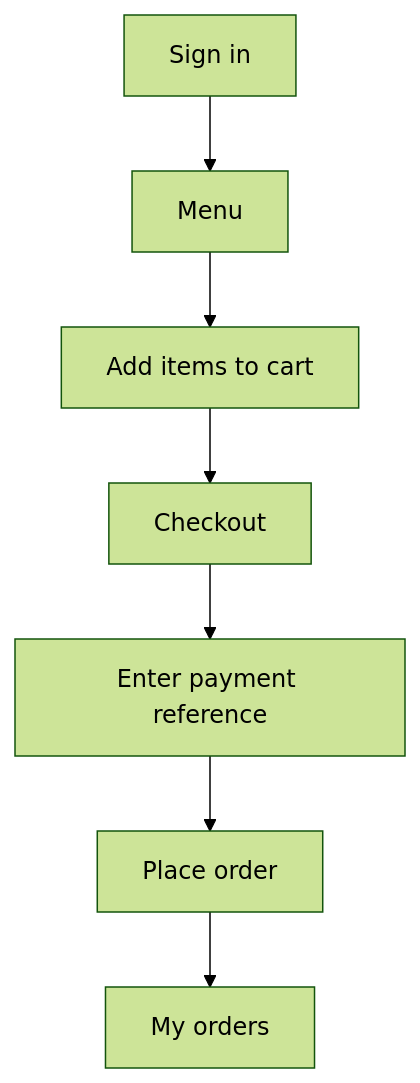
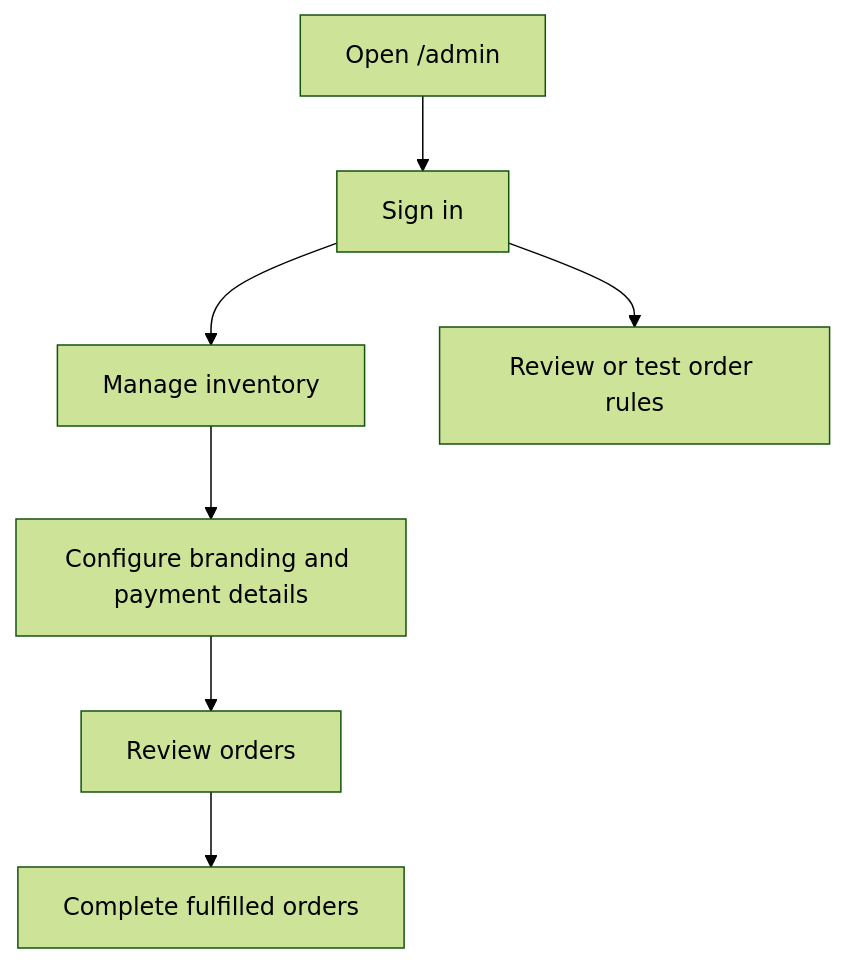
The second of 2 diagrams in docs/USER_JOURNEY.md (sayyidkhan/zo-order-tracker), drawn with Mermaid (forest theme) before and after one commit. The commit also changed other lines of this file and 13 other files, not shown here.

````diff
--- a/docs/USER_JOURNEY.md
+++ b/docs/USER_JOURNEY.md
@@ -36,9 +46,9 @@
 ```mermaid
 flowchart TD
-    A[Sign in] --> B[Menu]
-    B --> C[Add items to cart]
-    C --> D[Checkout]
-    D --> E[Enter payment reference]
-    E --> F[Place order]
-    F --> G[My orders]
+    A[Open /admin] --> B[Sign in]
+    B --> C[Manage inventory]
+    C --> D[Configure branding and payment details]
+    D --> E[Review orders]
+    E --> F[Complete fulfilled orders]
+    B --> G[Review or test order rules]
 ```
````
